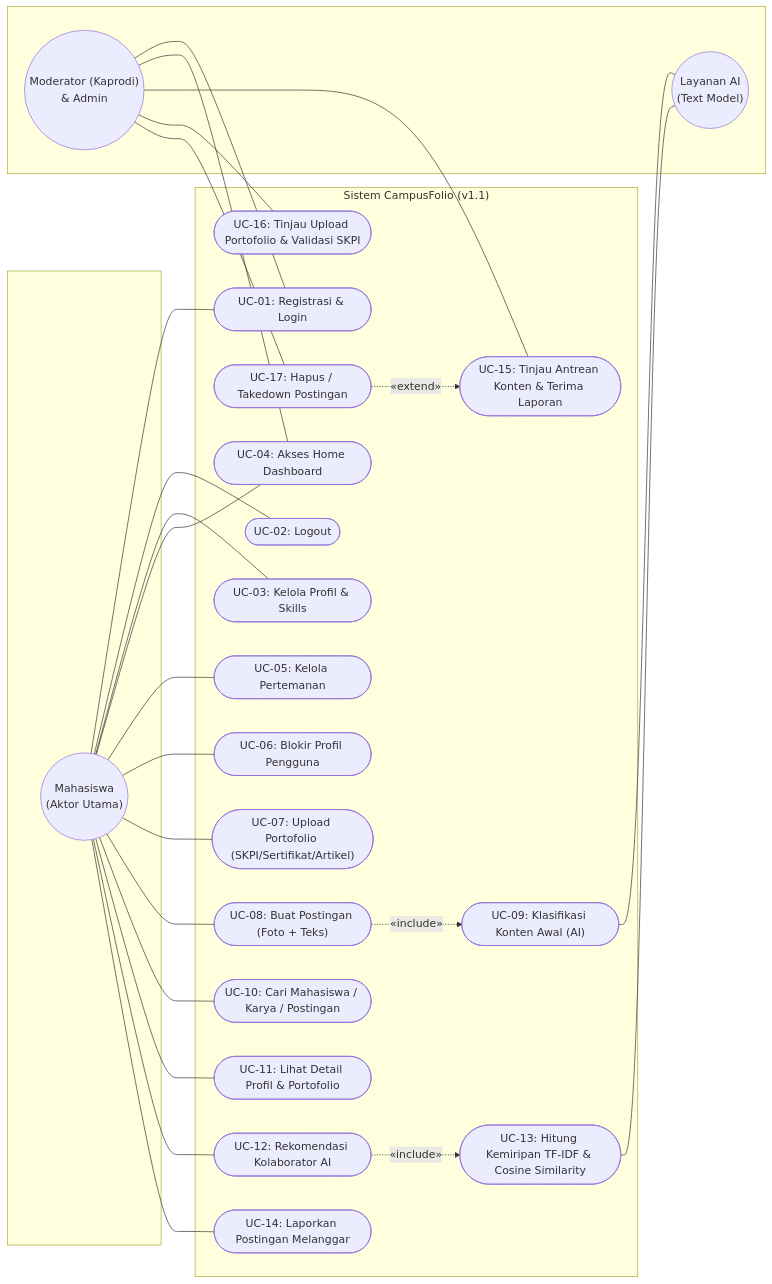
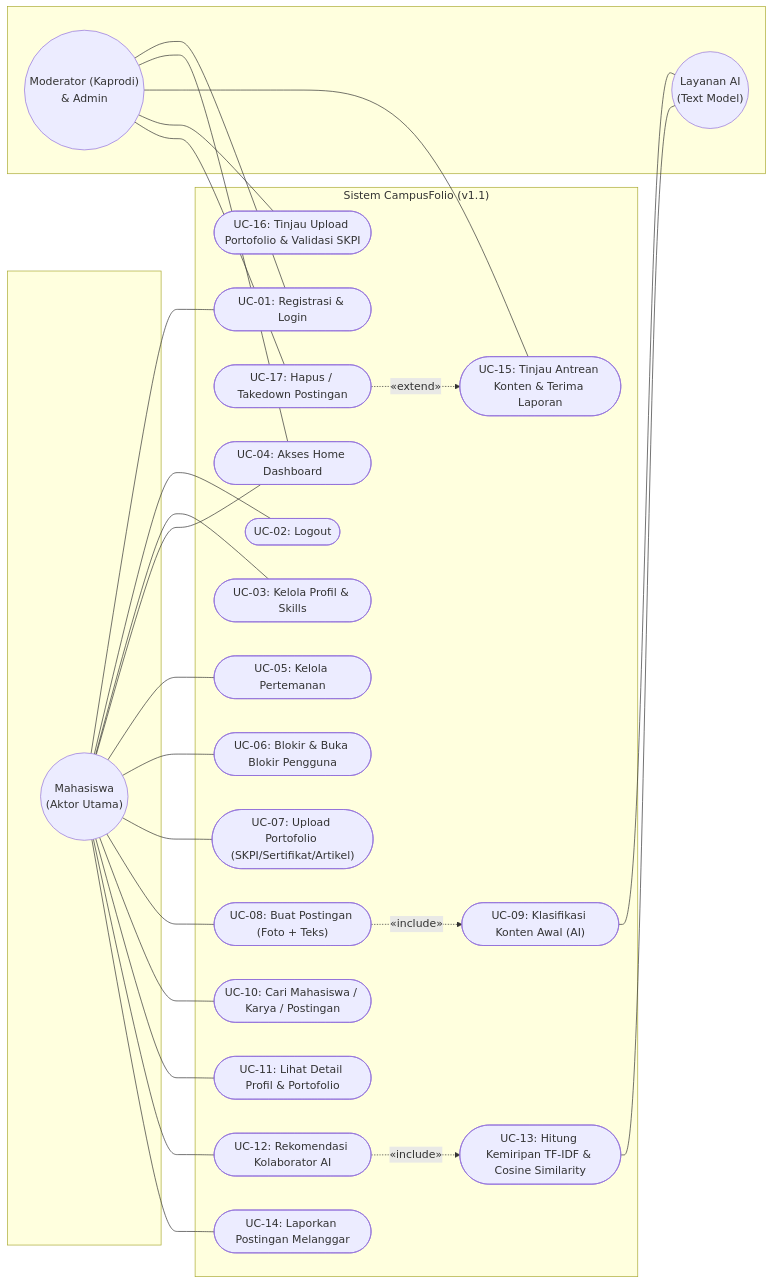
The first of 5 diagrams in docs/08-system-design.md (rifqiArdiansyah1/campus-social-media-portofolio-team3), drawn with Mermaid before and after one commit. The commit also changed other lines of this file and 59 other files, not shown here.

````diff
--- a/docs/08-system-design.md
+++ b/docs/08-system-design.md
@@ -24,61 +24,61 @@
 ```mermaid
 flowchart LR
     subgraph AKTOR_KIRI[" "]
         MHS(("Mahasiswa\n(Aktor Utama)"))
     end
 
     subgraph SYSTEM["Sistem CampusFolio (v1.1)"]
         UC01(["UC-01: Registrasi & Login"])
         UC02(["UC-02: Logout"])
         UC03(["UC-03: Kelola Profil & Skills"])
         UC04(["UC-04: Akses Home Dashboard"])
         UC05(["UC-05: Kelola Pertemanan"])
-        UC06(["UC-06: Blokir Profil Pengguna"])
+        UC06(["UC-06: Blokir & Buka Blokir Pengguna"])
         UC07(["UC-07: Upload Portofolio (SKPI/Sertifikat/Artikel)"])
         UC08(["UC-08: Buat Postingan (Foto + Teks)"])
         UC09(["UC-09: Klasifikasi Konten Awal (AI)"])
         UC10(["UC-10: Cari Mahasiswa / Karya / Postingan"])
         UC11(["UC-11: Lihat Detail Profil & Portofolio"])
         UC12(["UC-12: Rekomendasi Kolaborator AI"])
         UC13(["UC-13: Hitung Kemiripan TF-IDF & Cosine Similarity"])
         UC14(["UC-14: Laporkan Postingan Melanggar"])
         UC15(["UC-15: Tinjau Antrean Konten & Terima Laporan"])
         UC16(["UC-16: Tinjau Upload Portofolio & Validasi SKPI"])
         UC17(["UC-17: Hapus / Takedown Postingan"])
     end
 
     subgraph AKTOR_KANAN[" "]
         MOD_ADM(("Moderator (Kaprodi)\n& Admin"))
         AI(("Layanan AI\n(Text Model)"))
     end
 
     %% Relasi Mahasiswa
     MHS --- UC01
     MHS --- UC02
     MHS --- UC03
     MHS --- UC04
     MHS --- UC05
     MHS --- UC06
     MHS --- UC07
     MHS --- UC08
     MHS --- UC10
     MHS --- UC11
     MHS --- UC12
     MHS --- UC14
 
     %% Relasi Include & Extend
     UC08 -.->|«include»| UC09
     UC12 -.->|«include»| UC13
     UC17 -.->|«extend»| UC15
 
     %% Relasi AI
     UC09 --- AI
     UC13 --- AI
 
     %% Relasi Moderator & Admin
     MOD_ADM --- UC01
     MOD_ADM --- UC04
     MOD_ADM --- UC15
     MOD_ADM --- UC16
     MOD_ADM --- UC17
 ```
````
